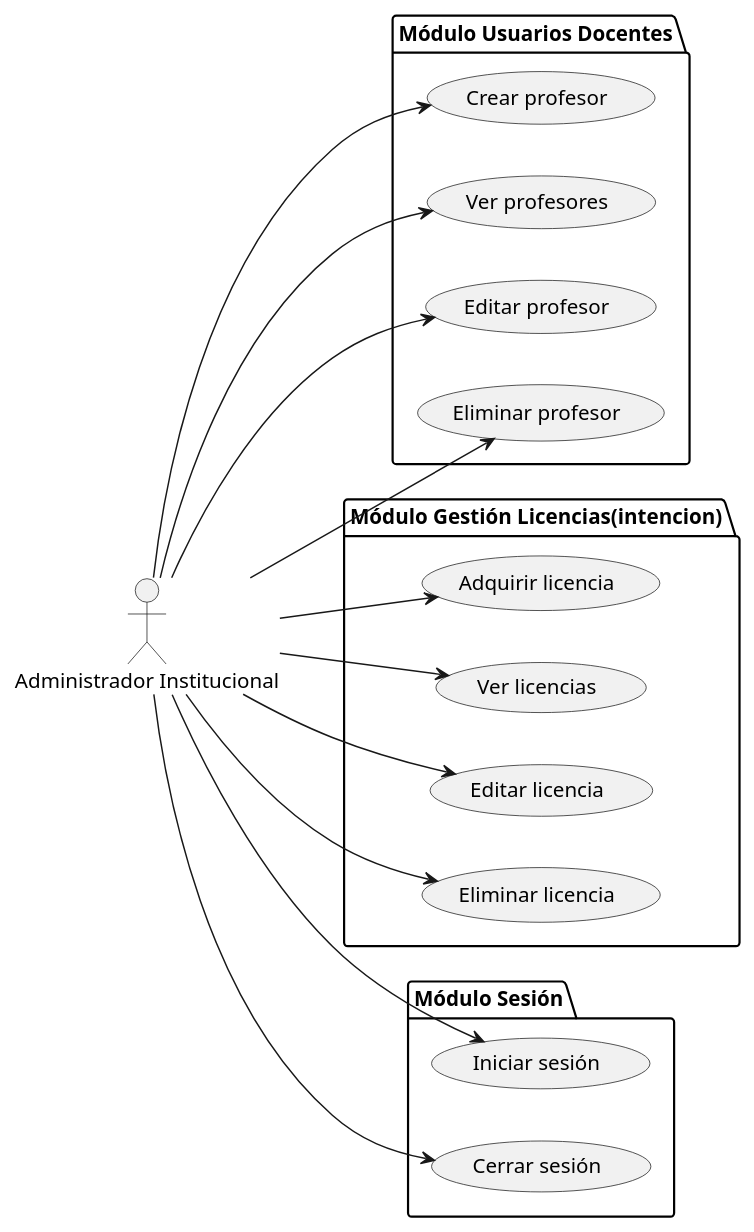
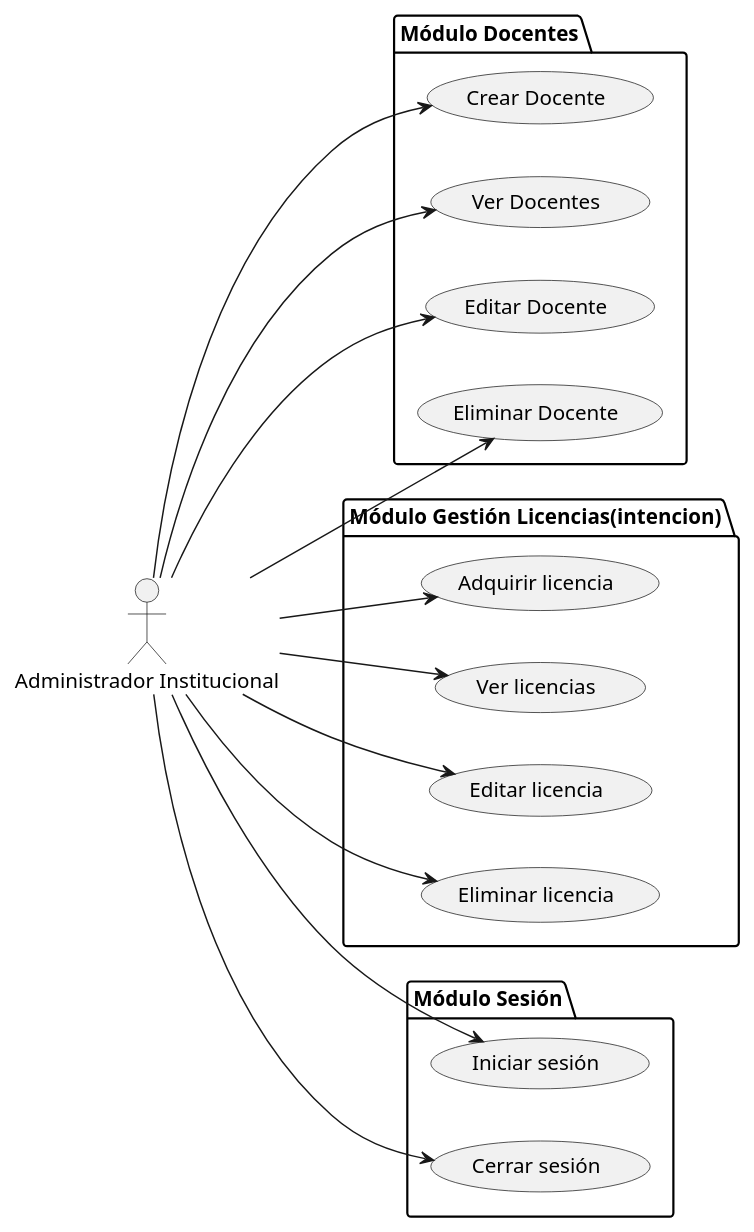
Before and after one commit to martinlopez7/25-26-IdSw1-SdR: the diagram in documents/casos-de-uso/encontrarActoresYCasosDeUso/actoresYCasosDeUso-administradorInstitucional.puml, drawn with PlantUML. The commit also changed 10 other files, not shown here.

Commit message:
fix(mdd & cu) : Corrige listado de casos de uso y diagramas de modelo de dominio [refs #48]

```diff
--- a/documents/casos-de-uso/encontrarActoresYCasosDeUso/actoresYCasosDeUso-administradorInstitucional.puml
+++ b/documents/casos-de-uso/encontrarActoresYCasosDeUso/actoresYCasosDeUso-administradorInstitucional.puml
@@ -1,37 +1,37 @@
 @startuml actoresYCasosDeUso-administradorInstitucional
 
 left to right direction
 
 actor "Administrador Institucional" as admin
 
-package "Módulo Usuarios Docentes" {
-  usecase "Crear profesor" as UC32
-  usecase "Ver profesores" as UC33
-  usecase "Editar profesor" as UC34
-  usecase "Eliminar profesor" as UC35
+package "Módulo Docentes" {
+  usecase "Crear Docente" as UC32
+  usecase "Ver Docentes" as UC33
+  usecase "Editar Docente" as UC34
+  usecase "Eliminar Docente" as UC35
 }
 
 package "Módulo Gestión Licencias(intencion)" {
   usecase "Adquirir licencia" as UC36
   usecase "Ver licencias" as UC37
   usecase "Editar licencia" as UC38
   usecase "Eliminar licencia" as UC39
 }
 
 package "Módulo Sesión" {
   usecase "Iniciar sesión" as UC41
   usecase "Cerrar sesión" as UC42
 }
 
 admin --> UC32
 admin --> UC33
 admin --> UC34
 admin --> UC35
 admin --> UC36
 admin --> UC37
 admin --> UC38
 admin --> UC39
 admin --> UC41
 admin --> UC42
 
 @enduml
```
